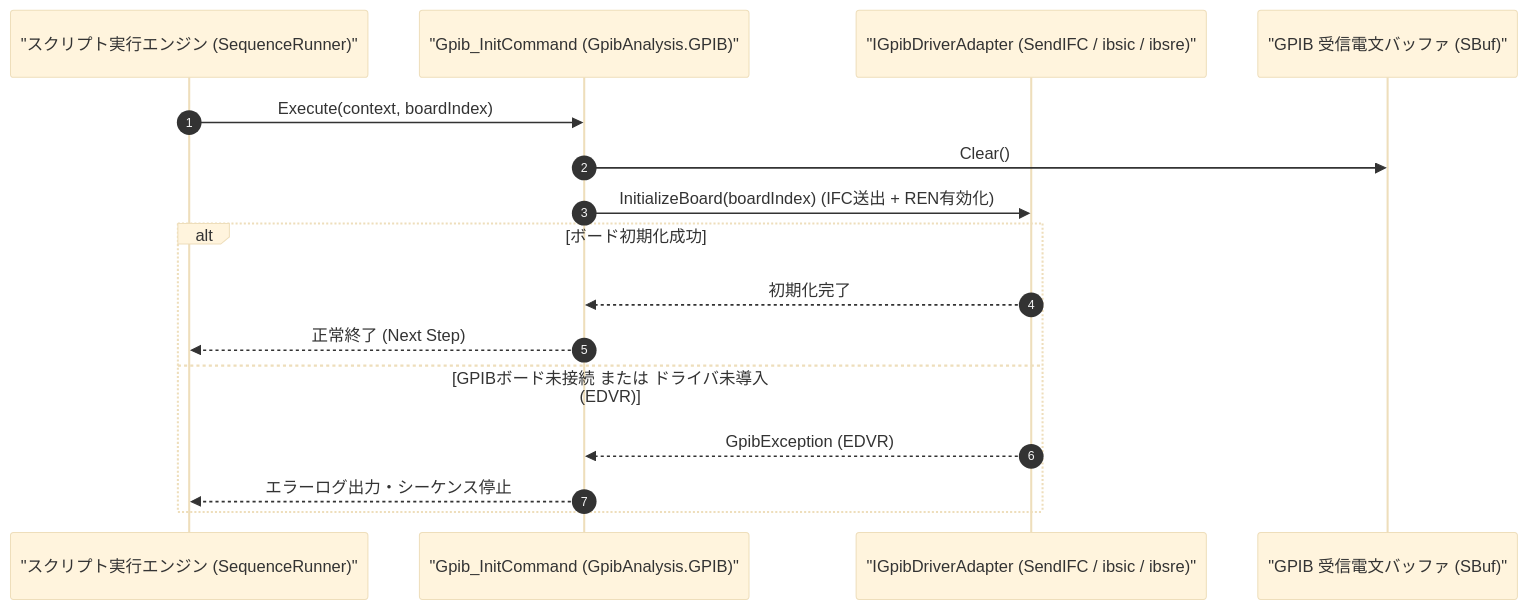
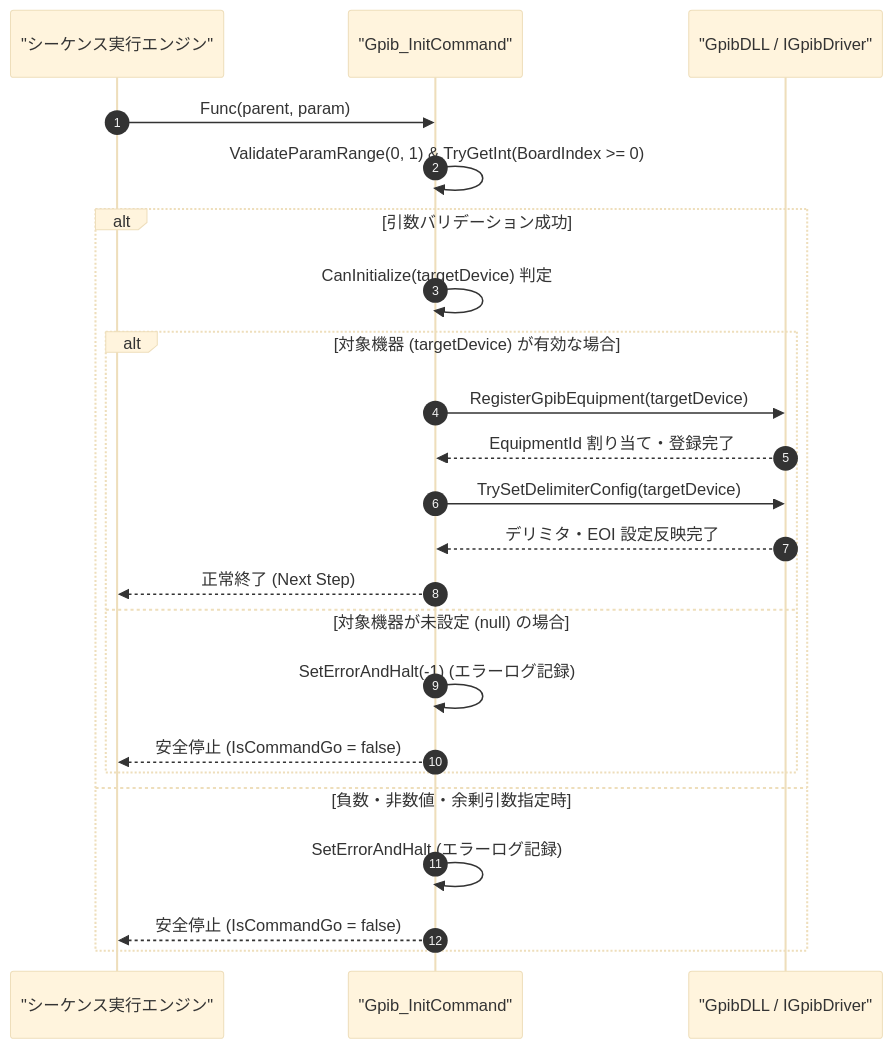
The diagram in Manual/GPIB/Gpib_Init.Md (Monaca-App/GpibAddIn), drawn with Mermaid (base theme) before and after one commit. The commit also changed other lines of this file and 32 other files, not shown here.

````diff
--- a/Manual/GPIB/Gpib_Init.Md
+++ b/Manual/GPIB/Gpib_Init.Md
@@ -64,19 +66,26 @@
 ```mermaid
 sequenceDiagram
     autonumber
-    participant Script as "スクリプト実行エンジン (SequenceRunner)"
-    participant Cmd as "Gpib_InitCommand (GpibAnalysis.GPIB)"
-    participant Drv as "IGpibDriverAdapter (SendIFC / ibsic / ibsre)"
-    participant SBuf as "GPIB 受信電文バッファ (SBuf)"
+    participant Script as "シーケンス実行エンジン"
+    participant Cmd as "Gpib_InitCommand"
+    participant Dll as "GpibDLL / IGpibDriver"
 
-    Script->>Cmd: Execute(context, boardIndex)
-    Cmd->>SBuf: Clear()
-    Cmd->>Drv: InitializeBoard(boardIndex) (IFC送出 + REN有効化)
-    alt ボード初期化成功
-        Drv-->>Cmd: 初期化完了
-        Cmd-->>Script: 正常終了 (Next Step)
-    else GPIBボード未接続 または ドライバ未導入 (EDVR)
-        Drv-->>Cmd: GpibException (EDVR)
-        Cmd-->>Script: エラーログ出力・シーケンス停止
+    Script->>Cmd: Func(parent, param)
+    Cmd->>Cmd: ValidateParamRange(0, 1) & TryGetInt(BoardIndex >= 0)
+    alt 引数バリデーション成功
+        Cmd->>Cmd: CanInitialize(targetDevice) 判定
+        alt 対象機器 (targetDevice) が有効な場合
+            Cmd->>Dll: RegisterGpibEquipment(targetDevice)
+            Dll-->>Cmd: EquipmentId 割り当て・登録完了
+            Cmd->>Dll: TrySetDelimiterConfig(targetDevice)
+            Dll-->>Cmd: デリミタ・EOI 設定反映完了
+            Cmd-->>Script: 正常終了 (Next Step)
+        else 対象機器が未設定 (null) の場合
+            Cmd->>Cmd: SetErrorAndHalt(-1) (エラーログ記録)
+            Cmd-->>Script: 安全停止 (IsCommandGo = false)
+        end
+    else 負数・非数値・余剰引数指定時
+        Cmd->>Cmd: SetErrorAndHalt (エラーログ記録)
+        Cmd-->>Script: 安全停止 (IsCommandGo = false)
     end
 ```
````
